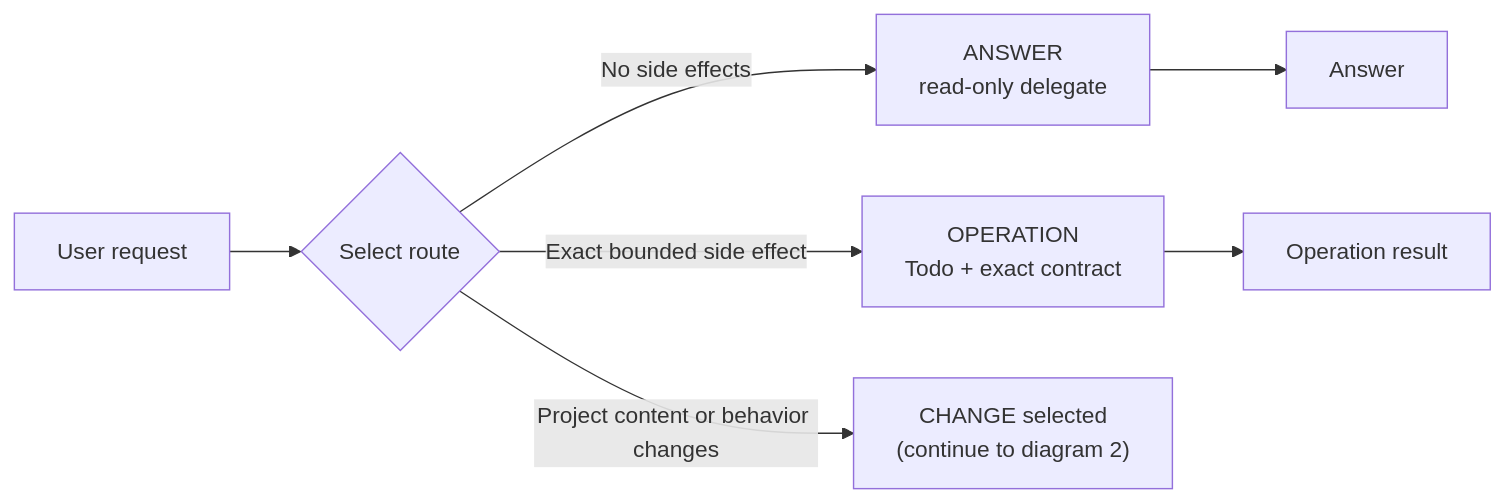
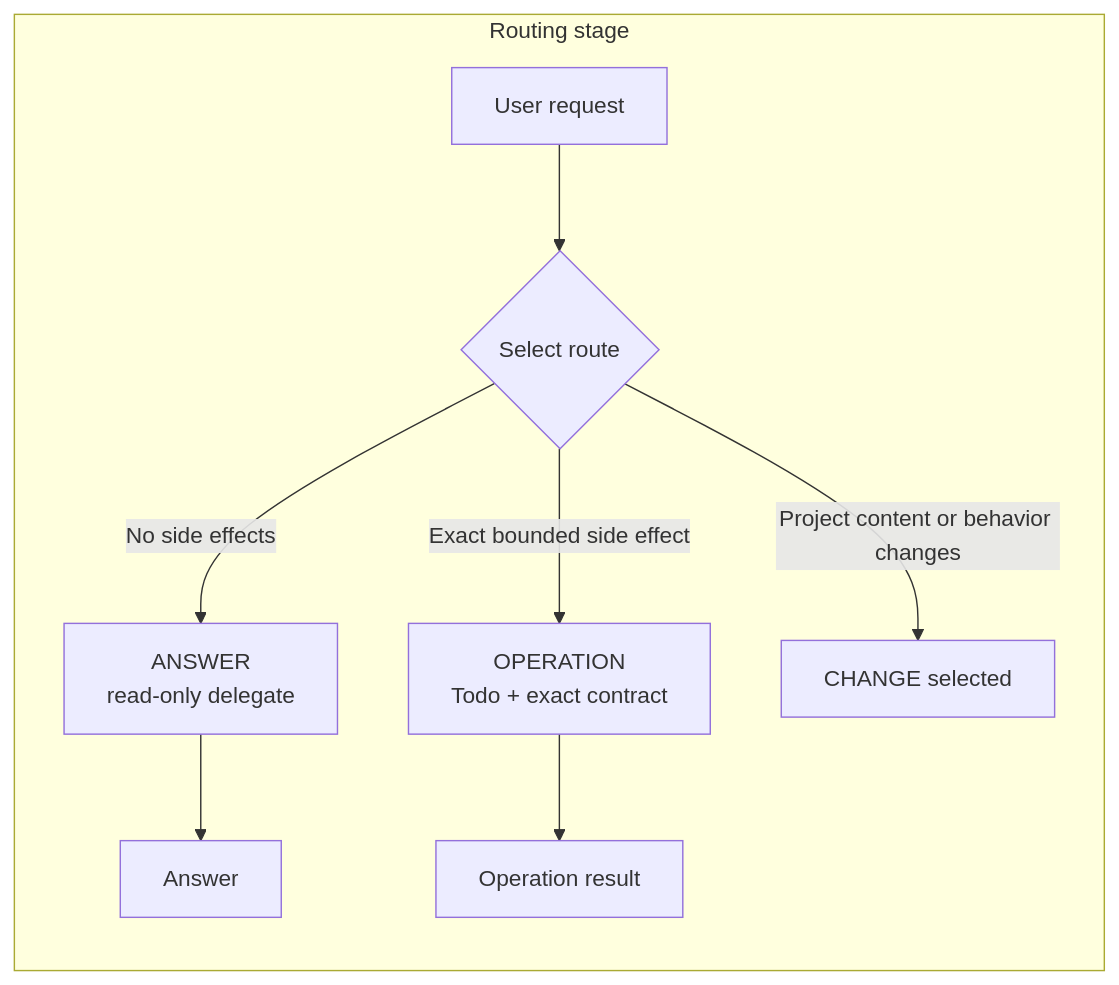
One commit to zhenyumi/simple-opencode-flow changed the first of 3 diagrams in README.md. Above: the diagram before and after it, drawn with Mermaid. The commit also changed other lines of this file, not shown here.

Commit message:
docs: simplify and consolidate Mermaid workflow diagrams

````diff
--- a/README.md
+++ b/README.md
@@ -71,9 +71,11 @@
 ```mermaid
 flowchart LR
-    U["User request"] --> R{"Select route"}
-    R -- "No side effects" --> A["ANSWER<br/>read-only delegate"]
-    R -- "Exact bounded side effect" --> O["OPERATION<br/>Todo + exact contract"]
-    R -- "Project content or behavior changes" --> C["CHANGE selected<br/>(continue to diagram 2)"]
-    A --> AR["Answer"]
-    O --> OR["Operation result"]
+    subgraph ROUTING["Routing stage"]
+        U["User request"] --> R{"Select route"}
+        R -- "No side effects" --> A["ANSWER<br/>read-only delegate"]
+        R -- "Exact bounded side effect" --> O["OPERATION<br/>Todo + exact contract"]
+        R -- "Project content or behavior changes" --> C["CHANGE selected"]
+        A --> AR["Answer"]
+        O --> OR["Operation result"]
+    end
 ```
````
